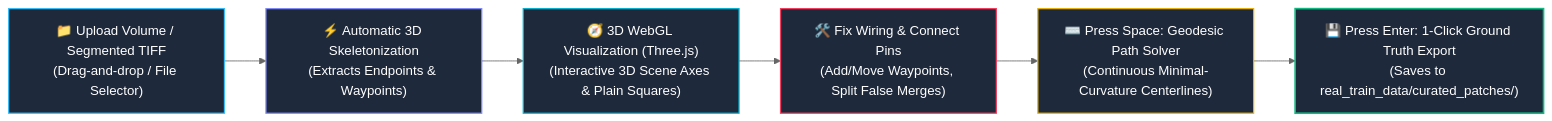
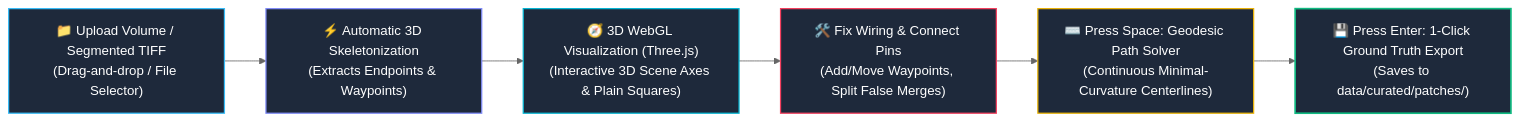
The fifth of 5 diagrams in README.md (Kataevskii/fiber_segmentation_pipeline), drawn with Mermaid (neutral theme) before and after one commit. The commit also changed other lines of this file and 14 other files, not shown here.

````diff
--- a/README.md
+++ b/README.md
@@ -419,15 +425,15 @@
 ```mermaid
 flowchart LR
     LOAD["📁 Upload Volume / Segmented TIFF<br/>(Drag-and-drop / File Selector)"] --> SKEL["⚡ Automatic 3D Skeletonization<br/>(Extracts Endpoints & Waypoints)"]
     SKEL --> THREE["🧭 3D WebGL Visualization (Three.js)<br/>(Interactive 3D Scene Axes & Plain Squares)"]
     THREE --> FIX["🛠️ Fix Wiring & Connect Pins<br/>(Add/Move Waypoints, Split False Merges)"]
     FIX --> SPACE["⌨️ Press Space: Geodesic Path Solver<br/>(Continuous Minimal-Curvature Centerlines)"]
-    SPACE --> ENTER["💾 Press Enter: 1-Click Ground Truth Export<br/>(Saves to real_train_data/curated_patches/)"]
+    SPACE --> ENTER["💾 Press Enter: 1-Click Ground Truth Export<br/>(Saves to data/curated/patches/)"]
 
     style LOAD fill:#1e293b,stroke:#38bdf8,stroke-width:1.5px,color:#fff
     style SKEL fill:#1e293b,stroke:#818cf8,stroke-width:1.5px,color:#fff
     style THREE fill:#1e293b,stroke:#06b6d4,stroke-width:1.5px,color:#fff
     style FIX fill:#1e293b,stroke:#f43f5e,stroke-width:1.5px,color:#fff
     style SPACE fill:#1e293b,stroke:#eab308,stroke-width:1.5px,color:#fff
     style ENTER fill:#1e293b,stroke:#10b981,stroke-width:2px,color:#fff
 ```
````
